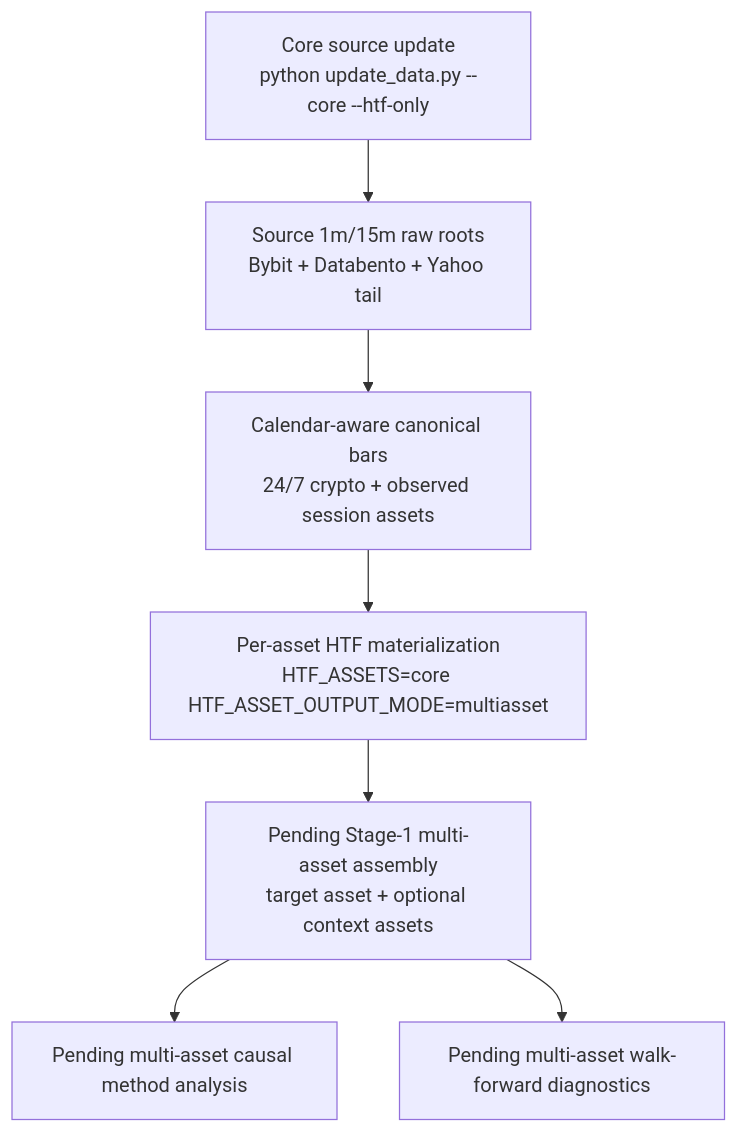
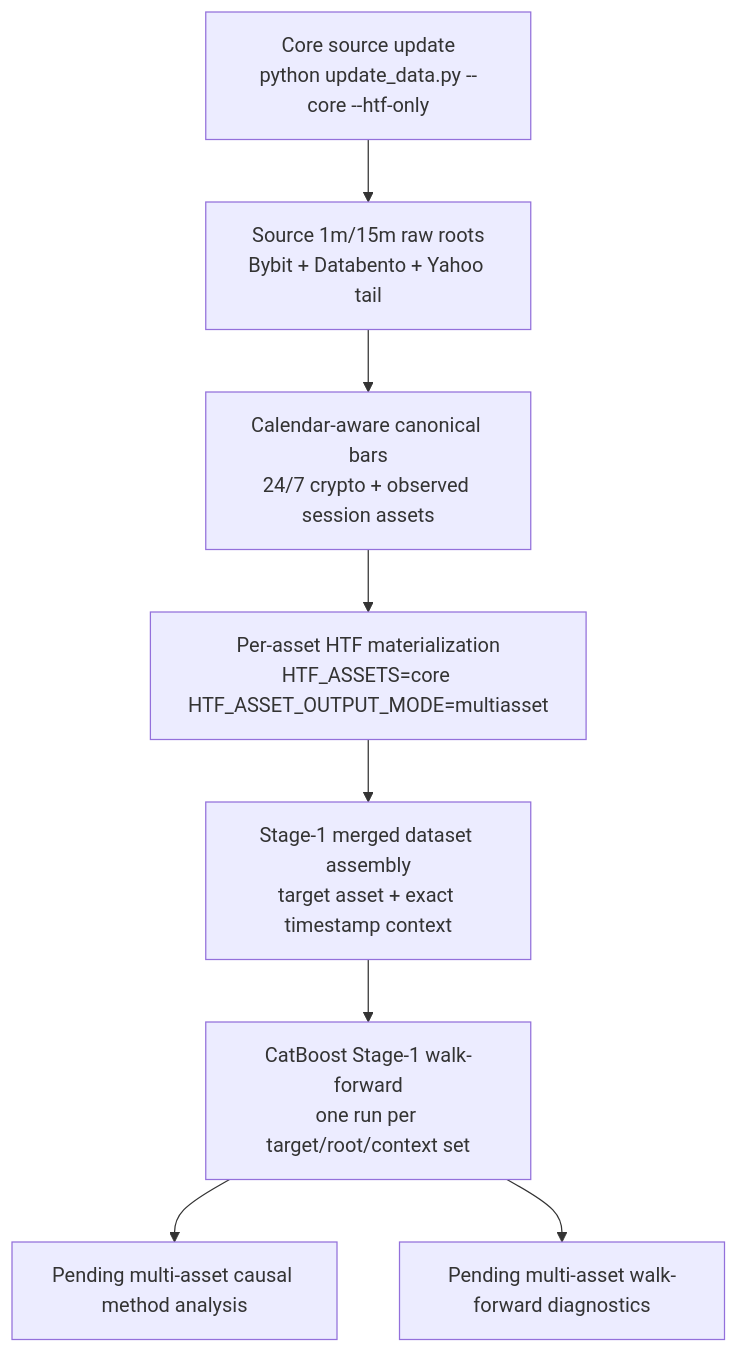
Before and after one commit to Pr3ez/RiskYieldMM: the diagram in README.md, drawn with Mermaid. The commit also changed other lines of this file and 22 other files, not shown here.

Commit message:
Add multi-asset Stage-1 dataset assembly

````diff
--- a/README.md
+++ b/README.md
@@ -373,9 +376,10 @@
 ```mermaid
 flowchart TD
     A["Core source update<br/>python update_data.py --core --htf-only"] --> B["Source 1m/15m raw roots<br/>Bybit + Databento + Yahoo tail"]
     B --> C["Calendar-aware canonical bars<br/>24/7 crypto + observed session assets"]
     C --> D["Per-asset HTF materialization<br/>HTF_ASSETS=core HTF_ASSET_OUTPUT_MODE=multiasset"]
-    D --> E["Pending Stage-1 multi-asset assembly<br/>target asset + optional context assets"]
-    E --> F["Pending multi-asset causal method analysis"]
-    E --> G["Pending multi-asset walk-forward diagnostics"]
+    D --> E["Stage-1 merged dataset assembly<br/>target asset + exact timestamp context"]
+    E --> F["CatBoost Stage-1 walk-forward<br/>one run per target/root/context set"]
+    F --> G["Pending multi-asset causal method analysis"]
+    F --> H["Pending multi-asset walk-forward diagnostics"]
 ```
````
